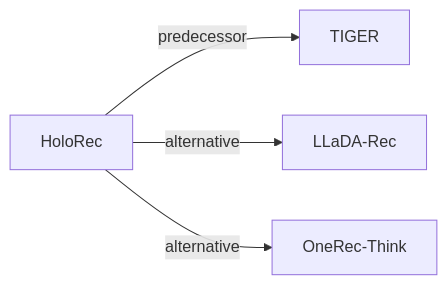
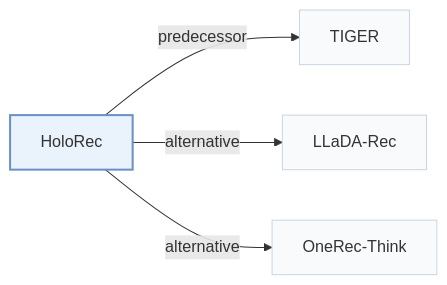
The second of 2 diagrams in pages/papers/holorec.md (Galaxy-ghost/Awesome-SID-Generative-Rec), drawn with Mermaid before and after one commit. The commit also changed other lines of this file and 649 other files, not shown here.

Commit message:
writer-05: also tags and modality index (schema, check, build, visuals); summary field removed; calibration data for 12 papers

````diff
--- a/pages/papers/holorec.md
+++ b/pages/papers/holorec.md
@@ -69,7 +72,11 @@
 ```mermaid
 flowchart LR
     P["HoloRec"]
-    P -->|predecessor| A["TIGER"]
-    P -->|alternative| B["LLaDA-Rec"]
-    P -->|alternative| C["OneRec-Think"]
+    P -->|"predecessor"| A["TIGER"]
+    P -->|"alternative"| B["LLaDA-Rec"]
+    P -->|"alternative"| C["OneRec-Think"]
+    classDef main fill:#eaf2fb,stroke:#6b8fc7,stroke-width:2px
+    classDef peer fill:#f8fafc,stroke:#cbd5e1
+    class P main
+    class A,B,C peer
 ```
````
